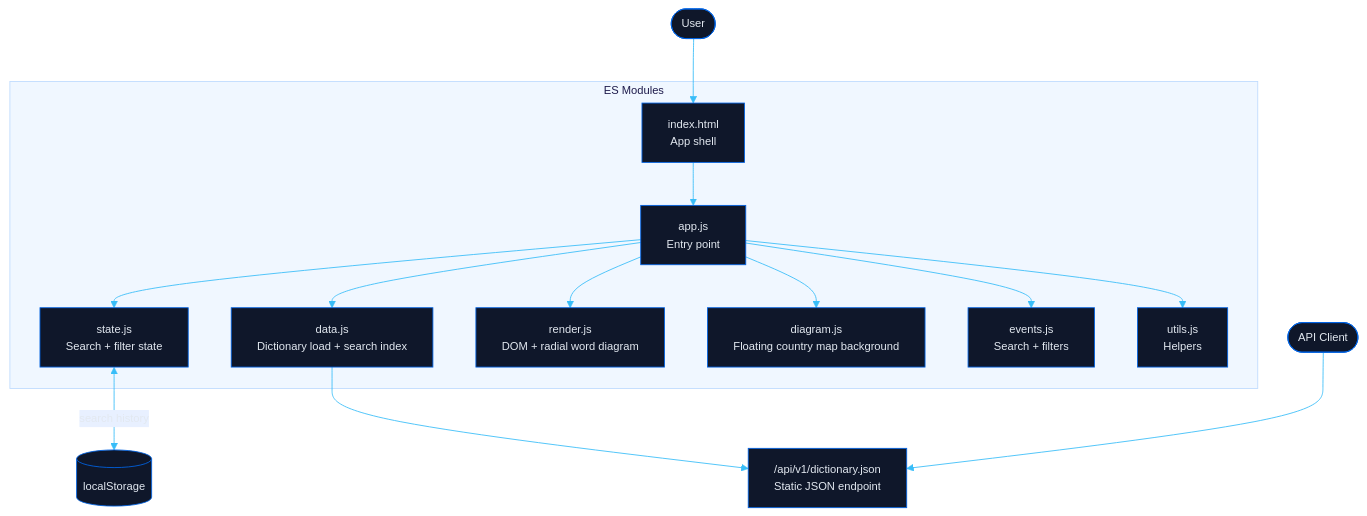
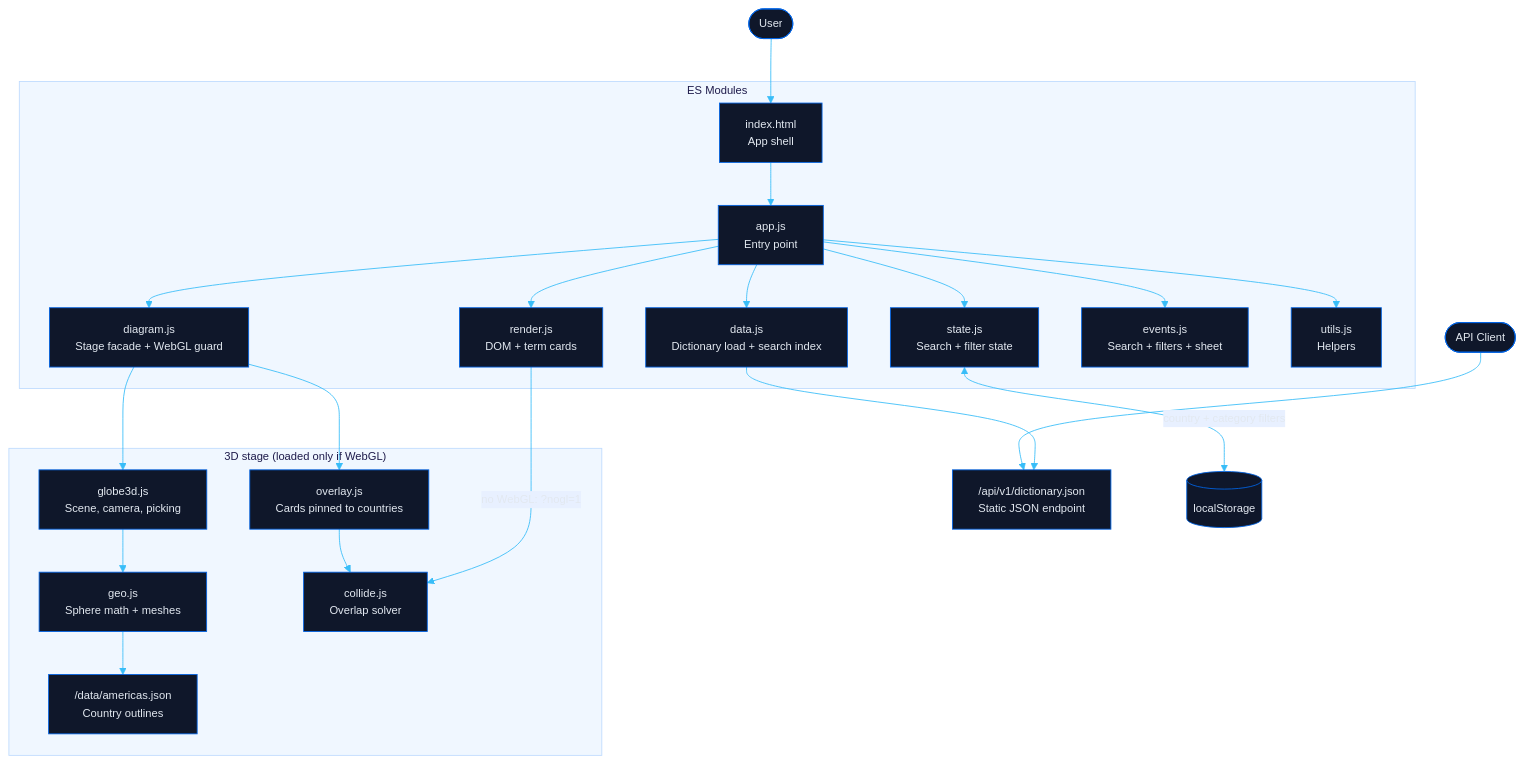
The diagram in docs/architecture.mmd (energon-a-secas/parla-site), drawn with Mermaid before and after one commit. The commit also changed 39 other files, not shown here.

```diff
--- a/docs/architecture.mmd
+++ b/docs/architecture.mmd
@@ -1,36 +1,46 @@
 ---
 config:
   theme: base
   themeVariables:
     primaryColor: "#0f172a"
     primaryTextColor: "#e2e8f0"
     primaryBorderColor: "#0063e5"
     lineColor: "#38bdf8"
     secondaryColor: "#1e293b"
     tertiaryColor: "#1e293b"
     clusterBkg: "#f0f7ff"
     clusterBorder: "#bfdbfe"
     edgeLabelBackground: "#e8f0ff"
     mainBkg: "#0f172a"
     nodeBorder: "#0063e5"
     titleColor: "#1e1b4b"
     fontFamily: "ui-sans-serif, system-ui, -apple-system, sans-serif"
     fontSize: "13px"
 ---
 
 flowchart TB
     User([User]) --> HTML["index.html\nApp shell"]
     APIClient([API Client]) --> API["/api/v1/dictionary.json\nStatic JSON endpoint"]
 
     subgraph App["ES Modules"]
         HTML --> app["app.js\nEntry point"]
         app --> state["state.js\nSearch + filter state"]
         app --> data["data.js\nDictionary load + search index"]
-        app --> render["render.js\nDOM + radial word diagram"]
-        app --> diagram["diagram.js\nFloating country map background"]
-        app --> events["events.js\nSearch + filters"]
+        app --> render["render.js\nDOM + term cards"]
+        app --> diagram["diagram.js\nStage facade + WebGL guard"]
+        app --> events["events.js\nSearch + filters + sheet"]
         app --> utils["utils.js\nHelpers"]
     end
 
+    subgraph Stage["3D stage (loaded only if WebGL)"]
+        diagram --> globe3d["globe3d.js\nScene, camera, picking"]
+        diagram --> overlay["overlay.js\nCards pinned to countries"]
+        globe3d --> geo["geo.js\nSphere math + meshes"]
+        overlay --> collide["collide.js\nOverlap solver"]
+        geo --> GEO["/data/americas.json\nCountry outlines"]
+    end
+
+    render -->|"no WebGL: ?nogl=1"| collide
+
     data --> API
-    state <-->|"search history"| Storage[("localStorage")]
+    state <-->|"country + category filters"| Storage[("localStorage")]
```
